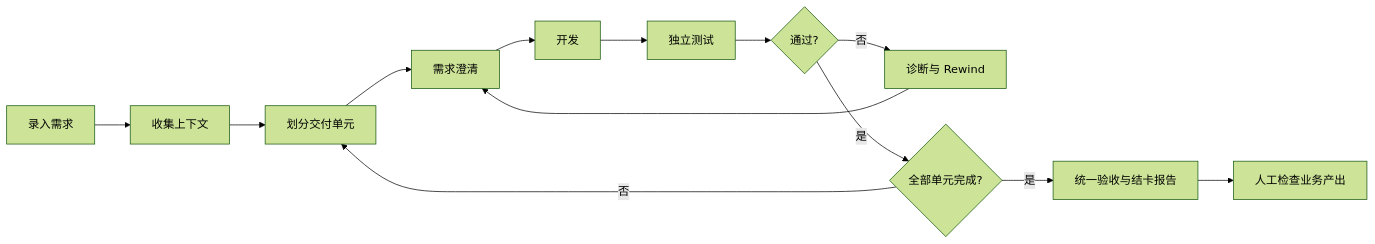
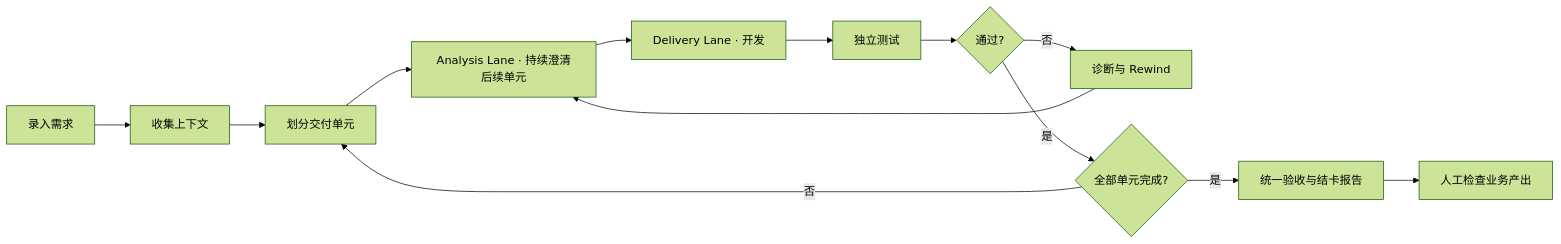
Before and after one commit to InspireChina/ai4se-loop-workflow: the diagram in README.md, drawn with Mermaid (forest theme). The commit also changed other lines of this file and 25 other files, not shown here.

````diff
--- a/README.md
+++ b/README.md
@@ -20,15 +20,15 @@
 ```mermaid
 flowchart LR
     input["录入需求"] --> context["收集上下文"]
     context --> split["划分交付单元"]
-    split --> clarify["需求澄清"]
-    clarify --> dev["开发"]
+    split --> clarify["Analysis Lane · 持续澄清后续单元"]
+    clarify --> dev["Delivery Lane · 开发"]
     dev --> test["独立测试"]
     test --> passed{"通过?"}
     passed -->|"否"| rewind["诊断与 Rewind"]
     rewind --> clarify
     passed -->|"是"| completed{"全部单元完成?"}
     completed -->|"否"| split
     completed -->|"是"| review["统一验收与结卡报告"]
     review --> human["人工检查业务产出"]
 ```
````
